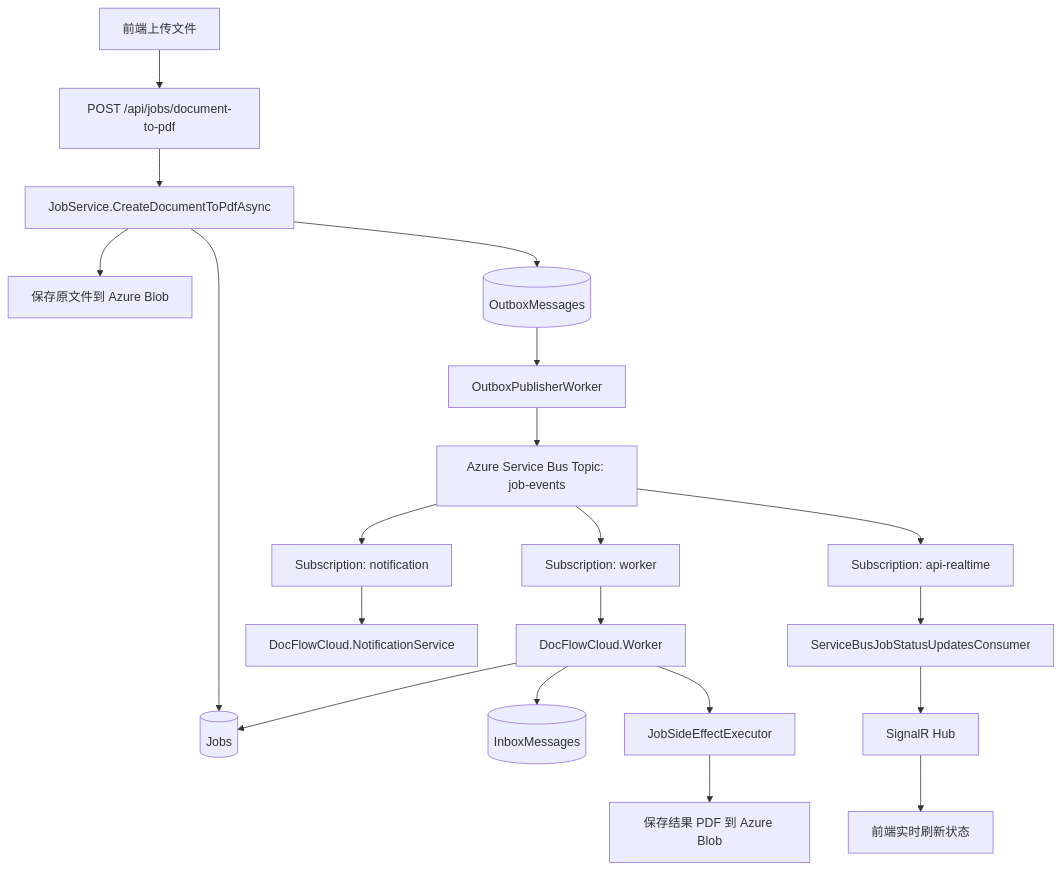
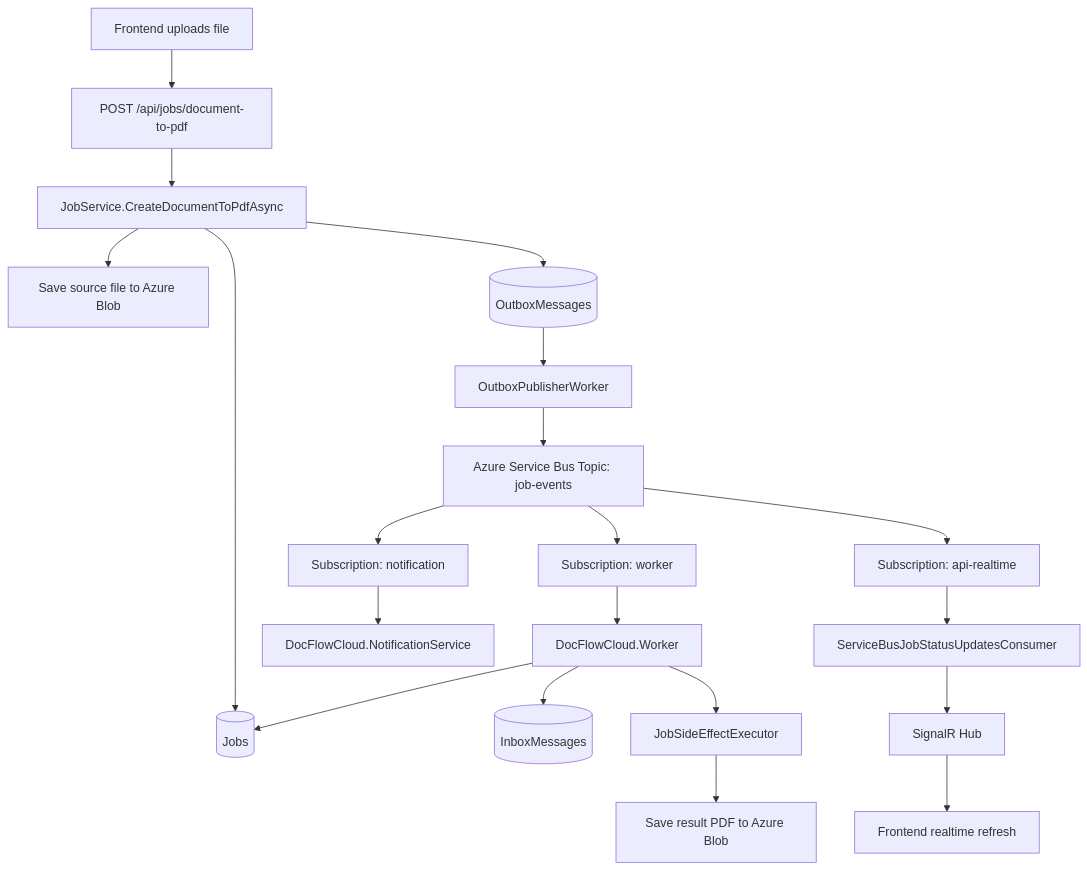
The first of 4 diagrams in docs/system-flow.md (haoyucheng369-gif/DocFlowCloud), drawn with Mermaid before and after one commit. The commit also changed other lines of this file and 7 other files, not shown here.

Commit message:
Refine docs, promotion flow, and homepage demo layout

````diff
--- a/docs/system-flow.md
+++ b/docs/system-flow.md
@@ -10,22 +20,22 @@
 ```mermaid
 flowchart TD
-    A[前端上传文件] --> B[POST /api/jobs/document-to-pdf]
+    A[Frontend uploads file] --> B[POST /api/jobs/document-to-pdf]
     B --> C[JobService.CreateDocumentToPdfAsync]
-    C --> D[保存原文件到 Azure Blob]
+    C --> D[Save source file to Azure Blob]
     C --> E[(Jobs)]
     C --> F[(OutboxMessages)]
     F --> G[OutboxPublisherWorker]
     G --> H[Azure Service Bus Topic: job-events]
     H --> I[Subscription: worker]
     H --> J[Subscription: notification]
     H --> K[Subscription: api-realtime]
     I --> L[DocFlowCloud.Worker]
     J --> M[DocFlowCloud.NotificationService]
     K --> N[ServiceBusJobStatusUpdatesConsumer]
     L --> O[(InboxMessages)]
     L --> P[JobSideEffectExecutor]
-    P --> Q[保存结果 PDF 到 Azure Blob]
+    P --> Q[Save result PDF to Azure Blob]
     L --> E
     N --> R[SignalR Hub]
-    R --> S[前端实时刷新状态]
+    R --> S[Frontend realtime refresh]
 ```
````
